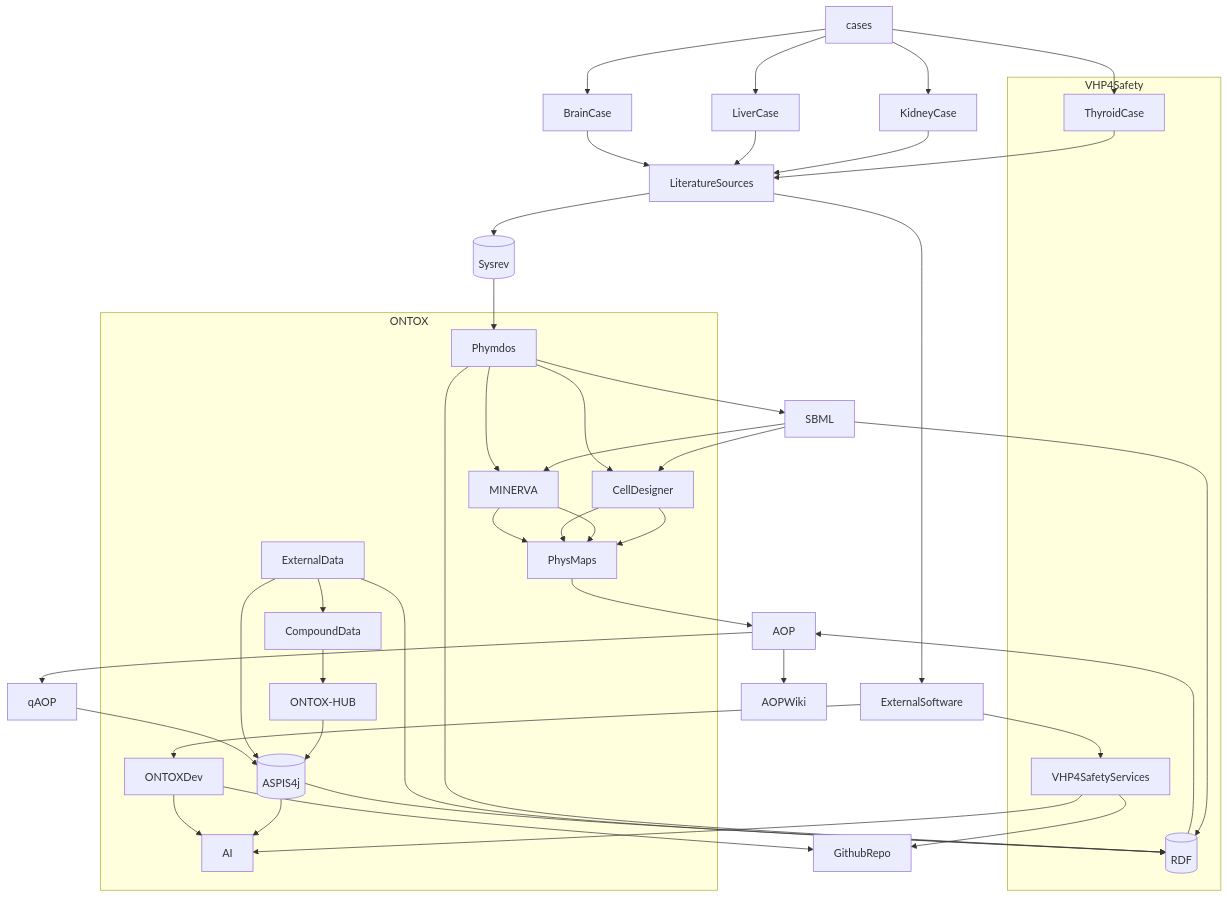
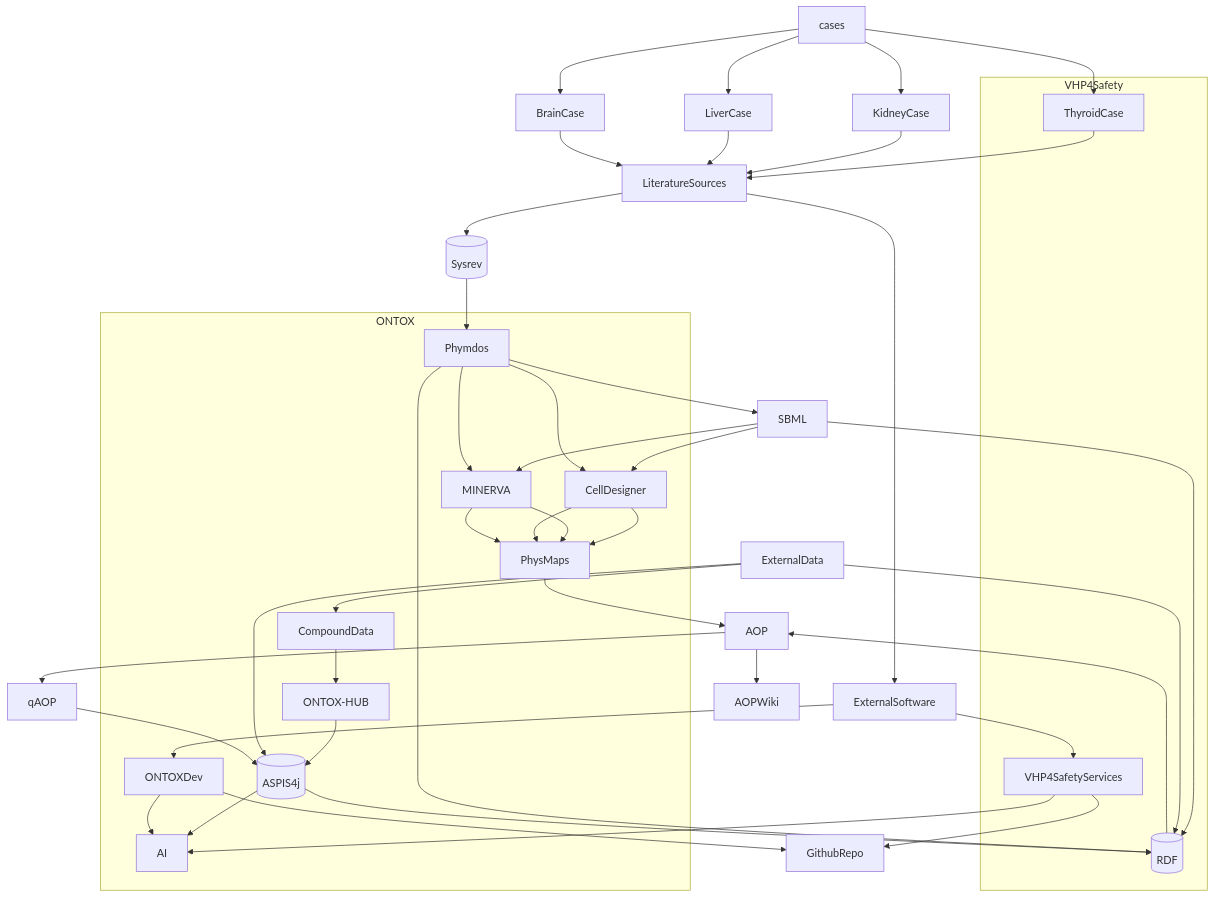
The diagram in ONTOX-vs-VHP4Safety.md (ontox-hu/workflows), drawn with Mermaid before and after one commit. The commit also changed other lines of this file, not shown here.

````diff
--- a/ONTOX-vs-VHP4Safety.md
+++ b/ONTOX-vs-VHP4Safety.md
@@ -1,66 +1,66 @@
 ```mermaid
 flowchart TB
 
     cases-->KidneyCase
     cases-->LiverCase
     cases-->BrainCase
     cases-->ThyroidCase
     
     KidneyCase-->LiteratureSources
     LiverCase-->LiteratureSources
     BrainCase-->LiteratureSources
     ThyroidCase-->LiteratureSources
     LiteratureSources-->Sysrev[(Sysrev)]
     Sysrev[(Sysrev)]-->Phymdos
     Phymdos-->SBML
     SBML-->CellDesigner
     SBML-->MINERVA
     SBML-->RDF[(RDF)]
     CellDesigner-->PhysMaps
     MINERVA-->PhysMaps
     PhysMaps-->AOP
     VHP4SafetyServices-->GithubRepo
     ONTOXDev-->GithubRepo
+    ExternalData-->CompoundData
     
  %%%%%%%%%%%%%%%%%%%%%%%%%%%%%%%
  
     subgraph ONTOX
     
     ONTOXDev
     Phymdos-->MINERVA
     Phymdos-->CellDesigner
     CellDesigner-->PhysMaps
     MINERVA-->PhysMaps
     ASPIS4j[(ASPIS4j)]-->AI
-    ExternalData-->CompoundData
     CompoundData-->ONTOX-HUB
     ONTOX-HUB-->ASPIS4j[(ASPIS4j)]
     end
  
  %%%%%%%%%%%%%%%%%%%%%%%%%%%%%%%%
  
     subgraph VHP4Safety
     
     ThyroidCase 
     Phymdos-->RDF[(RDF)]
     VHP4SafetyServices
     VHP4SafetyServices-->AI
     ONTOXDev-->AI
 
     end
     
  %%%%%%%%%%%%%%%%%%%%%%%%%%%%%%%%%%
  
     RDF[(RDF)]-->AOP
     AOP-->AOPWiki
     AOP-->qAOP
     LiteratureSources-->ExternalSoftware
     ExternalSoftware-->VHP4SafetyServices
     ExternalSoftware-->ONTOXDev
     ExternalData-->ASPIS4j[(ASPIS4j)]
     qAOP-->ASPIS4j[(ASPIS4j)]
     ASPIS4j[(ASPIS4j)]-->RDF[(RDF)]
     ExternalData-->RDF[(RDF)]
     
     
 ```
````
